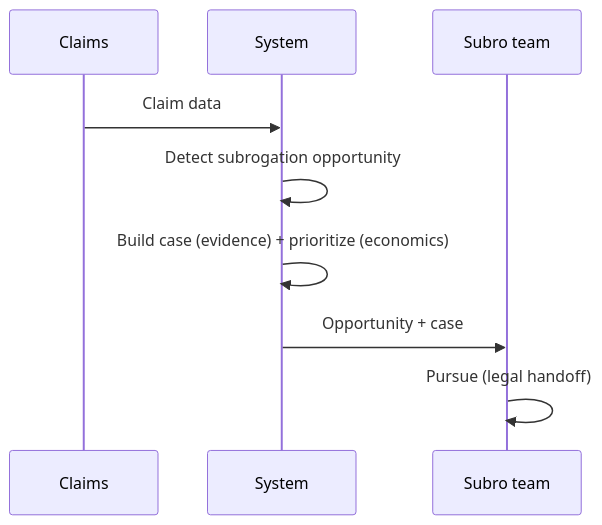
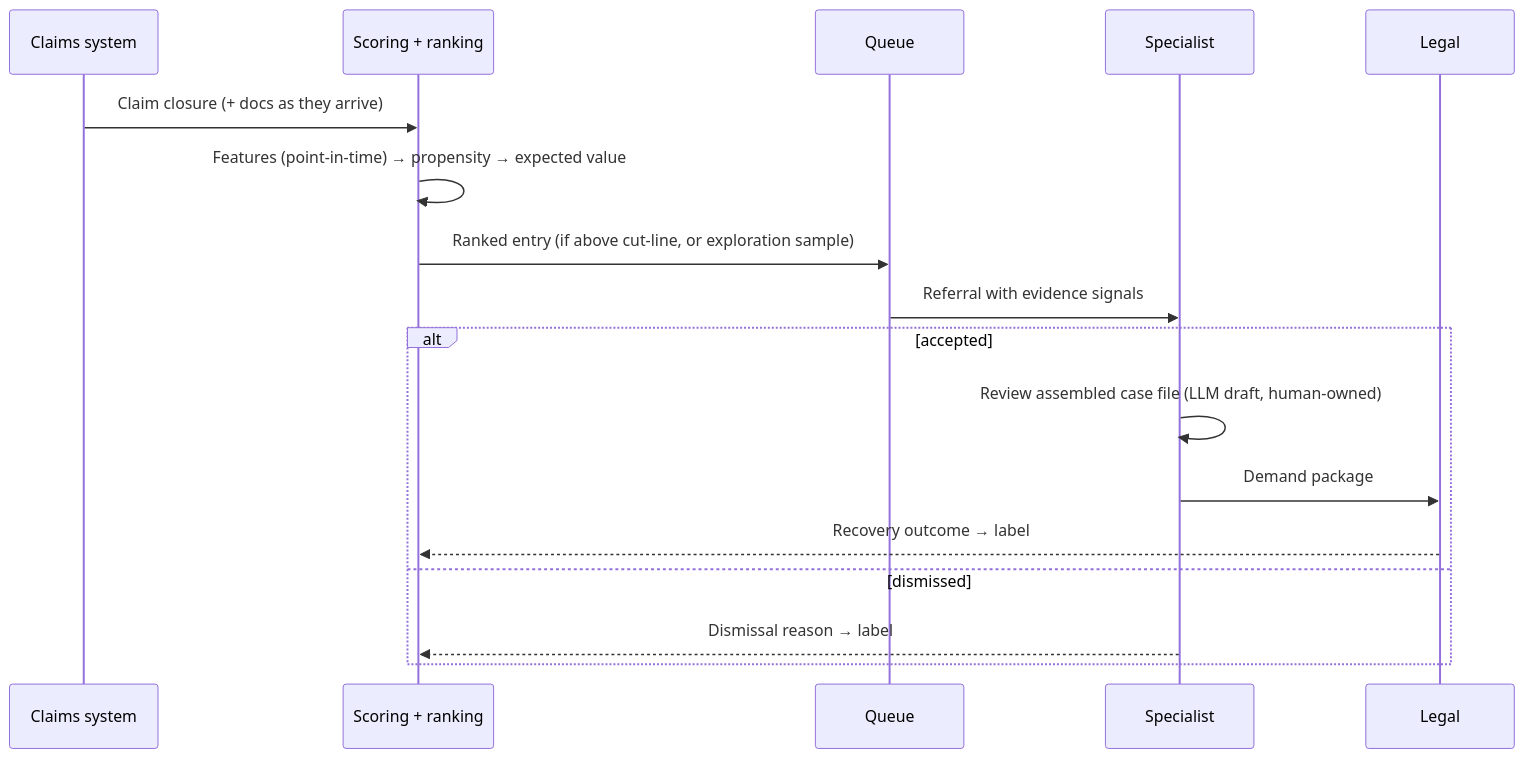
Before and after one commit to sivakrushna-works/GSAC: the second of 3 diagrams in case-studies/cs30-subrogation-opportunity-detection.md, drawn with Mermaid. The commit also changed other lines of this file and 12 other files, not shown here.

````diff
--- a/case-studies/cs30-subrogation-opportunity-detection.md
+++ b/case-studies/cs30-subrogation-opportunity-detection.md
@@ -54,11 +64,19 @@
 ```mermaid
 sequenceDiagram
-    participant C as Claims
-    participant S as System
-    participant T as Subro team
-    C->>S: Claim data
-    S->>S: Detect subrogation opportunity
-    S->>S: Build case (evidence) + prioritize (economics)
-    S->>T: Opportunity + case
-    T->>T: Pursue (legal handoff)
+    participant C as Claims system
+    participant M as Scoring + ranking
+    participant Q as Queue
+    participant S as Specialist
+    participant L as Legal
+    C->>M: Claim closure (+ docs as they arrive)
+    M->>M: Features (point-in-time) → propensity → expected value
+    M->>Q: Ranked entry (if above cut-line, or exploration sample)
+    Q->>S: Referral with evidence signals
+    alt accepted
+        S->>S: Review assembled case file (LLM draft, human-owned)
+        S->>L: Demand package
+        L-->>M: Recovery outcome → label
+    else dismissed
+        S-->>M: Dismissal reason → label
+    end
 ```
````
